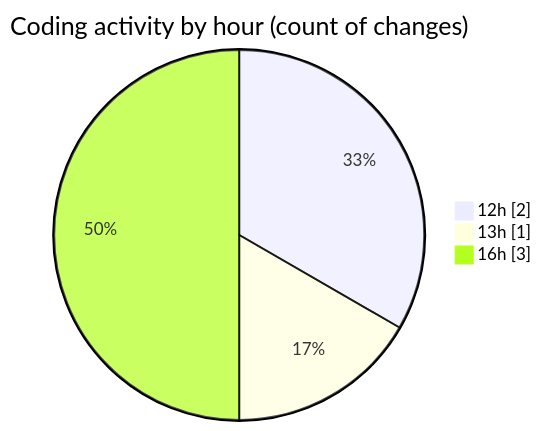
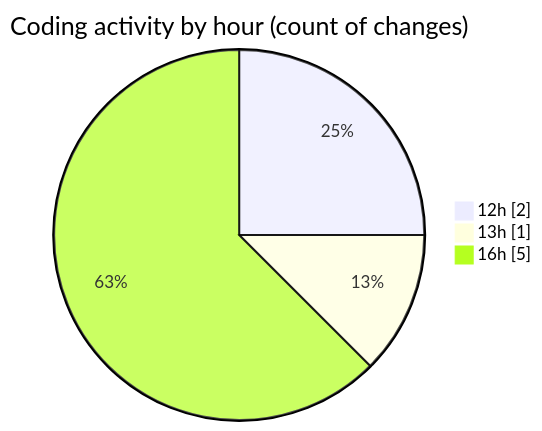
The second of 2 diagrams in 2025-08-03/macrowhisper/README.md (EIIisD/code-tracking), drawn with Mermaid before and after one commit. The commit also changed other lines of this file and 1 other file, not shown here.

````diff
--- a/2025-08-03/macrowhisper/README.md
+++ b/2025-08-03/macrowhisper/README.md
@@ -29,7 +29,7 @@
 ```mermaid
 pie showData
 title Coding activity by hour (count of changes)
 "12h" : 2
 "13h" : 1
-"16h" : 3
+"16h" : 5
 ```
````
